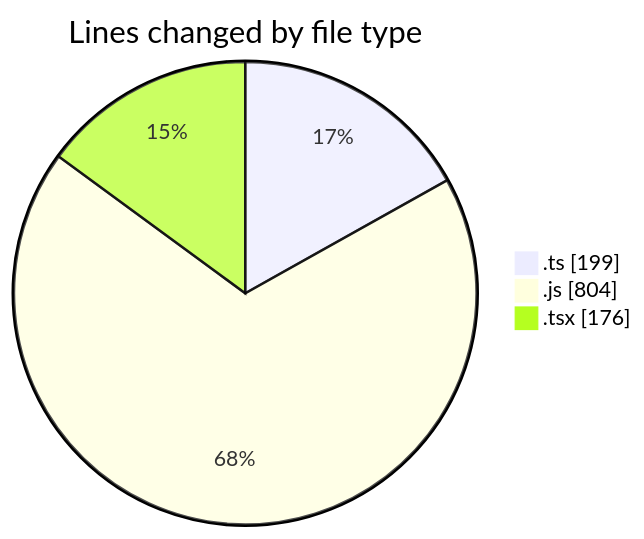
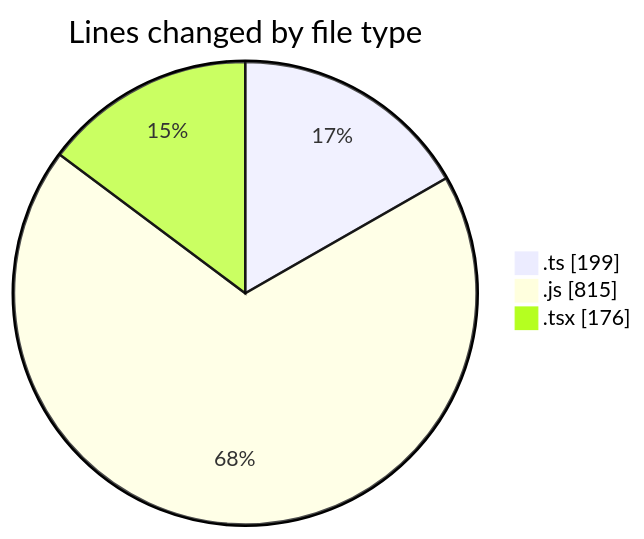
One commit to momahboobian/code-tracking changed the first of 2 diagrams in 2025-03-12/cda/README.md. Above: the diagram before and after it, drawn with Mermaid. The commit also changed other lines of this file and 1 other file, not shown here.

````diff
--- a/2025-03-12/cda/README.md
+++ b/2025-03-12/cda/README.md
@@ -31,7 +31,7 @@
 ```mermaid
 pie showData
 title Lines changed by file type
 ".ts" : 199
-".js" : 804
+".js" : 815
 ".tsx" : 176
 ```
````
